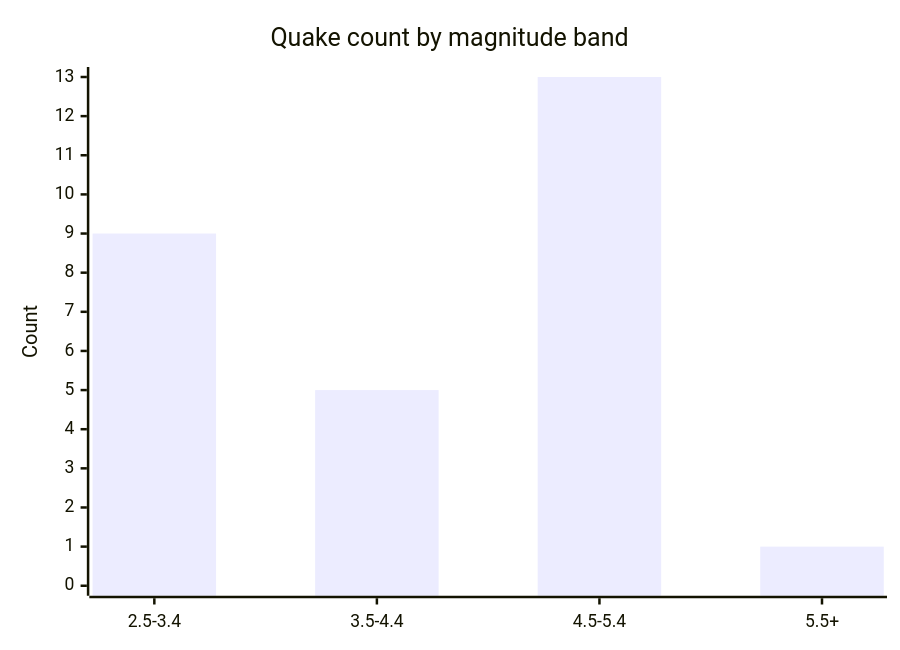
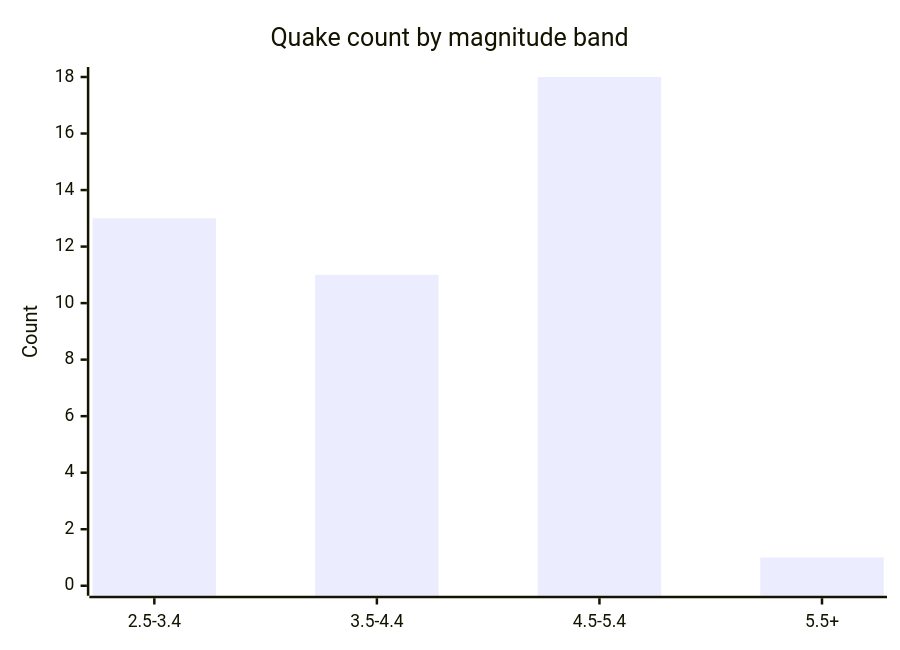
Before and after one commit to Midwest-Stratospheric/aerostratospheric-defense-gir: the fifth of 6 diagrams in docs/GRAPHS.md, drawn with Mermaid. The commit also changed other lines of this file and 25 other files, not shown here.

````diff
--- a/docs/GRAPHS.md
+++ b/docs/GRAPHS.md
@@ -82,7 +82,7 @@
 ```mermaid
 xychart-beta
   title "Quake count by magnitude band"
   x-axis ["2.5-3.4", "3.5-4.4", "4.5-5.4", "5.5+"]
-  y-axis "Count" 0 --> 13
-  bar [9, 5, 13, 1]
+  y-axis "Count" 0 --> 18
+  bar [13, 11, 18, 1]
 ```
````
